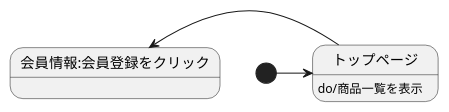
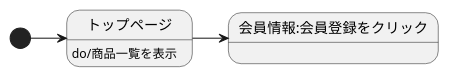
One commit to Aso2001224/2021sys-design changed the diagram in 画面遷移図(original).md. Above: the diagram before and after it, drawn with PlantUML.

````diff
--- a/画面遷移図(original).md
+++ b/画面遷移図(original).md
@@ -1,7 +1,7 @@
 ```uml
 @startuml
 [*]->トップページ
 トップページ:do/商品一覧を表示
-トップページ-left>会員情報:会員登録をクリック
+トップページ-right->会員情報:会員登録をクリック
 @enduml
 ```
````
